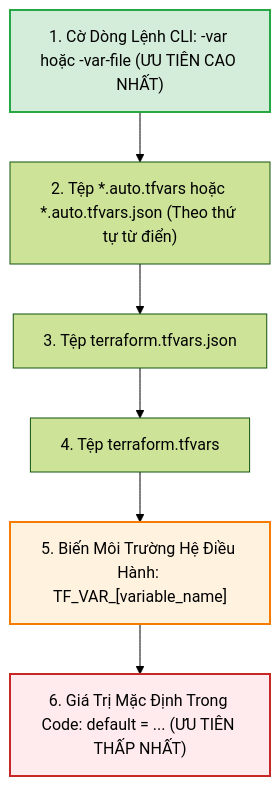
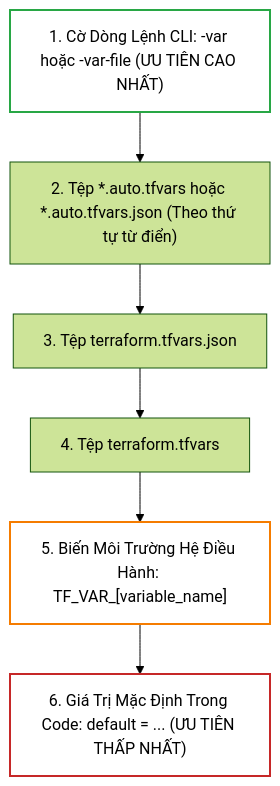
Before and after one commit to kiennt308/ntk: the third of 4 diagrams in _posts/2026-09-13-terraform-29-29-tong-on-va-bi-kip-chinh-phuc-chung-chi-terraform-associate-003.md, drawn with Mermaid (forest theme). The commit also changed other lines of this file and 207 other files, not shown here.

Commit message:
feat(posts): batch standardize all 208 posts with TL;DR, qa-card accordion, fill:none mermaid, and liquid raw wrappers

````diff
--- a/_posts/2026-09-13-terraform-29-29-tong-on-va-bi-kip-chinh-phuc-chung-chi-terraform-associate-003.md
+++ b/_posts/2026-09-13-terraform-29-29-tong-on-va-bi-kip-chinh-phuc-chung-chi-terraform-associate-003.md
@@ -93,21 +97,21 @@
 ```mermaid
 flowchart TD
     P1["1. Cờ Dòng Lệnh CLI: -var hoặc -var-file (ƯU TIÊN CAO NHẤT)"]
     P2["2. Tệp *.auto.tfvars hoặc *.auto.tfvars.json (Theo thứ tự từ điển)"]
     P3["3. Tệp terraform.tfvars.json"]
     P4["4. Tệp terraform.tfvars"]
     P5["5. Biến Môi Trường Hệ Điều Hành: TF_VAR_[variable_name]"]
     P6["6. Giá Trị Mặc Định Trong Code: default = ... (ƯU TIÊN THẤP NHẤT)"]
 
     P1 --> P2
     P2 --> P3
     P3 --> P4
     P4 --> P5
     P5 --> P6
 
-    style P1 fill:#d4edda,stroke:#28a745,stroke-width:2px
-    style P5 fill:#fff3e0,stroke:#f57c00,stroke-width:2px
-    style P6 fill:#ffebee,stroke:#c62828,stroke-width:2px
+    style P1 fill:none,stroke:#28a745,stroke-width:2px
+    style P5 fill:none,stroke:#f57c00,stroke-width:2px
+    style P6 fill:none,stroke:#c62828,stroke-width:2px
 
 
 ```
````
